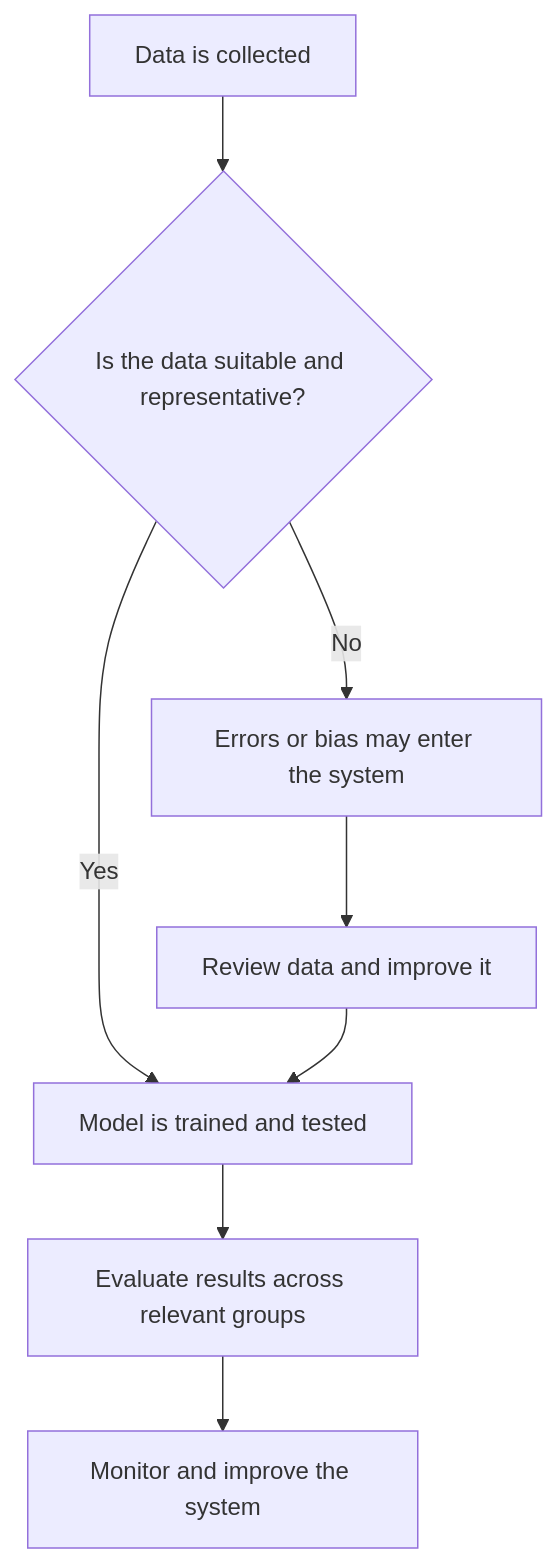
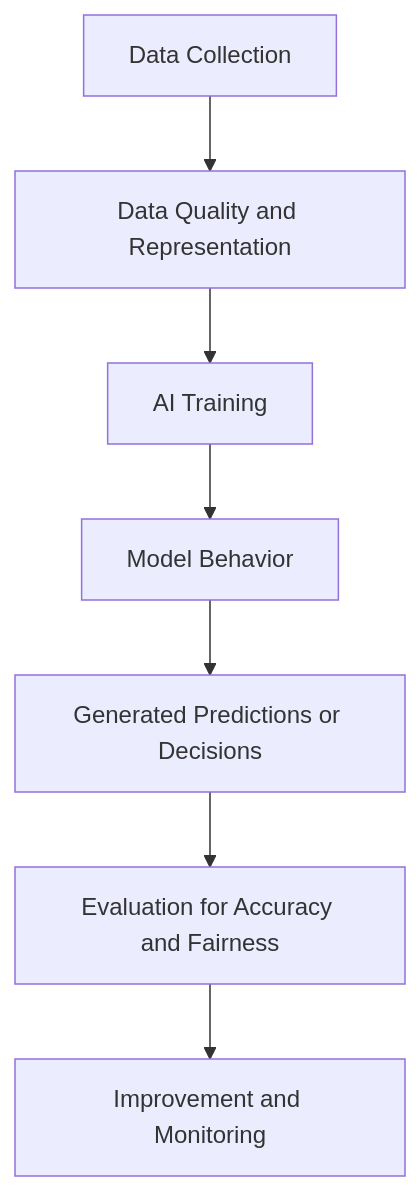
The third of 5 diagrams in content/04_benefits-limitations-challenges.md (NicolausLionel/SLN), drawn with Mermaid before and after one commit. The commit also changed other lines of this file, not shown here.

````diff
--- a/content/04_benefits-limitations-challenges.md
+++ b/content/04_benefits-limitations-challenges.md
@@ -157,10 +750,9 @@
 ```mermaid
 flowchart TD
- A[Data is collected] --> B{Is the data suitable and representative?}
- B -->|No| C[Errors or bias may enter the system]
- B -->|Yes| D[Model is trained and tested]
- C --> E[Review data and improve it]
- E --> D
- D --> F[Evaluate results across relevant groups]
- F --> G[Monitor and improve the system]
+    A["Data Collection"] --> B["Data Quality and Representation"]
+    B --> C["AI Training"]
+    C --> D["Model Behavior"]
+    D --> E["Generated Predictions or Decisions"]
+    E --> F["Evaluation for Accuracy and Fairness"]
+    F --> G["Improvement and Monitoring"]
 ```
````
